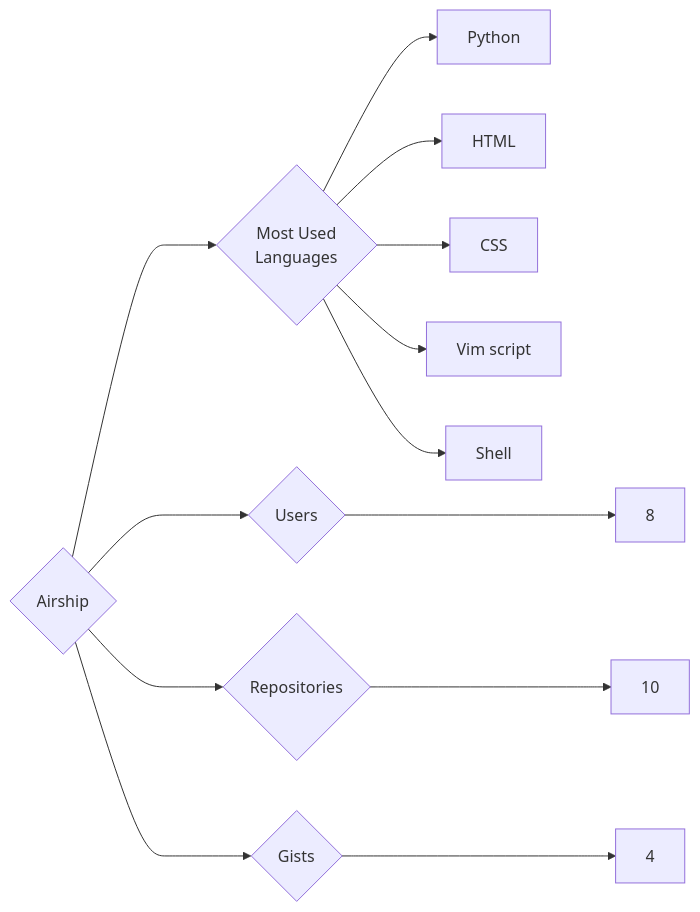
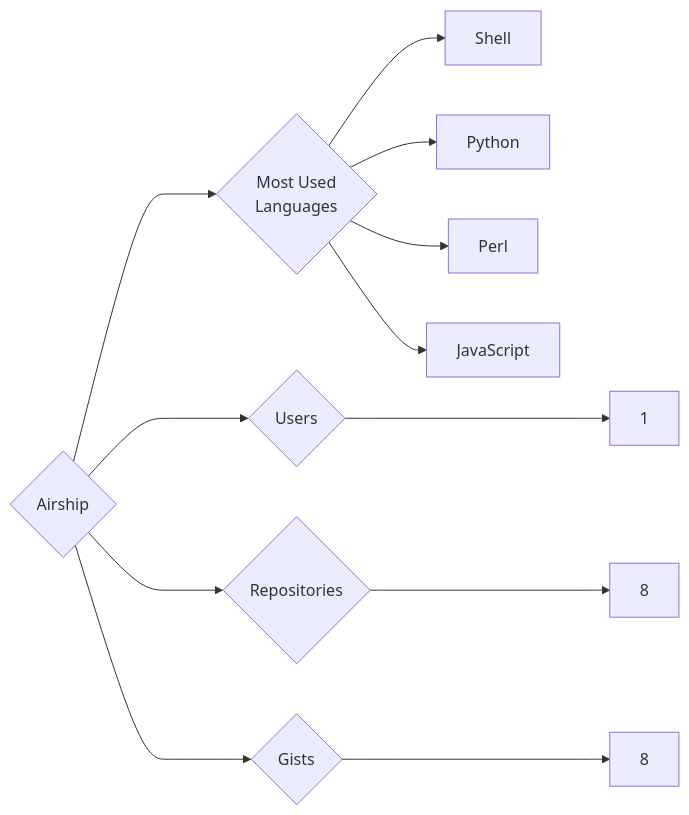
One commit to trickest/insiders changed the diagram in targets/Airship/README.md. Above: the diagram before and after it, drawn with Mermaid. The commit also changed 610 other files, not shown here.

````diff
--- a/targets/Airship/README.md
+++ b/targets/Airship/README.md
@@ -3,13 +3,12 @@
 ```mermaid
 graph LR
 COMPANY_NAME{Airship}
-COMPANY_NAME ---> U{Users} ---> UN[8]
-COMPANY_NAME ---> R{Repositories} ---> RN[10]
-COMPANY_NAME ---> G{Gists} ---> GN[4]
+COMPANY_NAME ---> U{Users} ---> UN[1]
+COMPANY_NAME ---> R{Repositories} ---> RN[8]
+COMPANY_NAME ---> G{Gists} ---> GN[8]
 COMPANY_NAME ---> ML{Most Used<br>Languages}
+ML --> Shell[Shell]
 ML --> Python[Python]
-ML --> HTML[HTML]
-ML --> CSS[CSS]
-ML --> Vim_script[Vim script]
-ML --> Shell[Shell]
+ML --> Perl[Perl]
+ML --> JavaScript[JavaScript]
 ```
````
